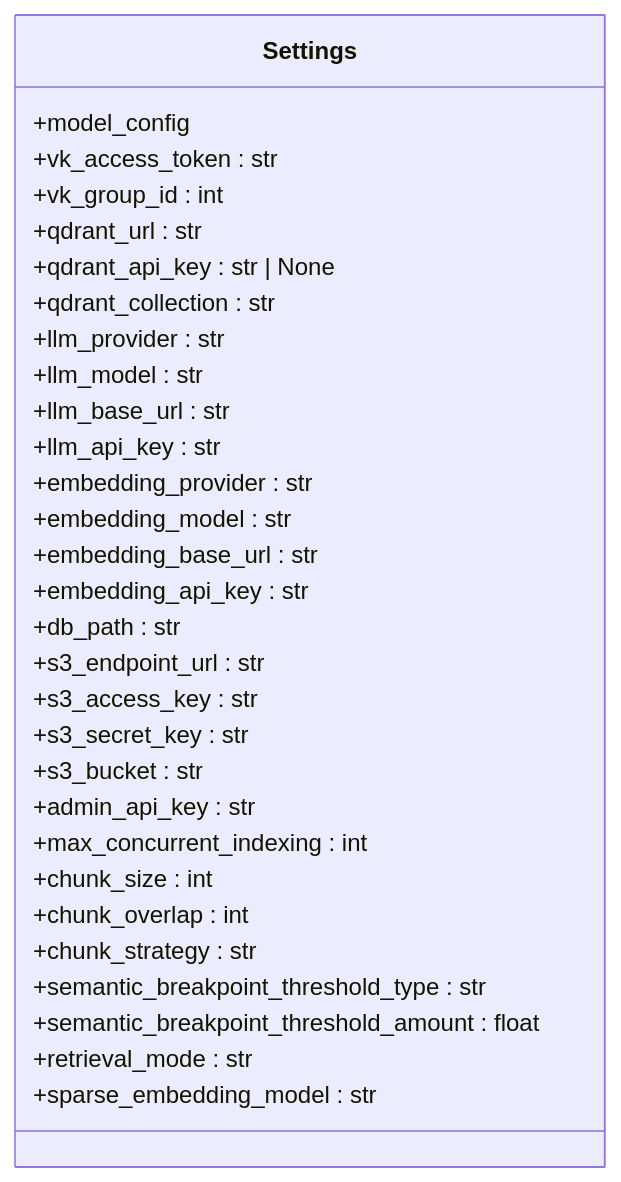
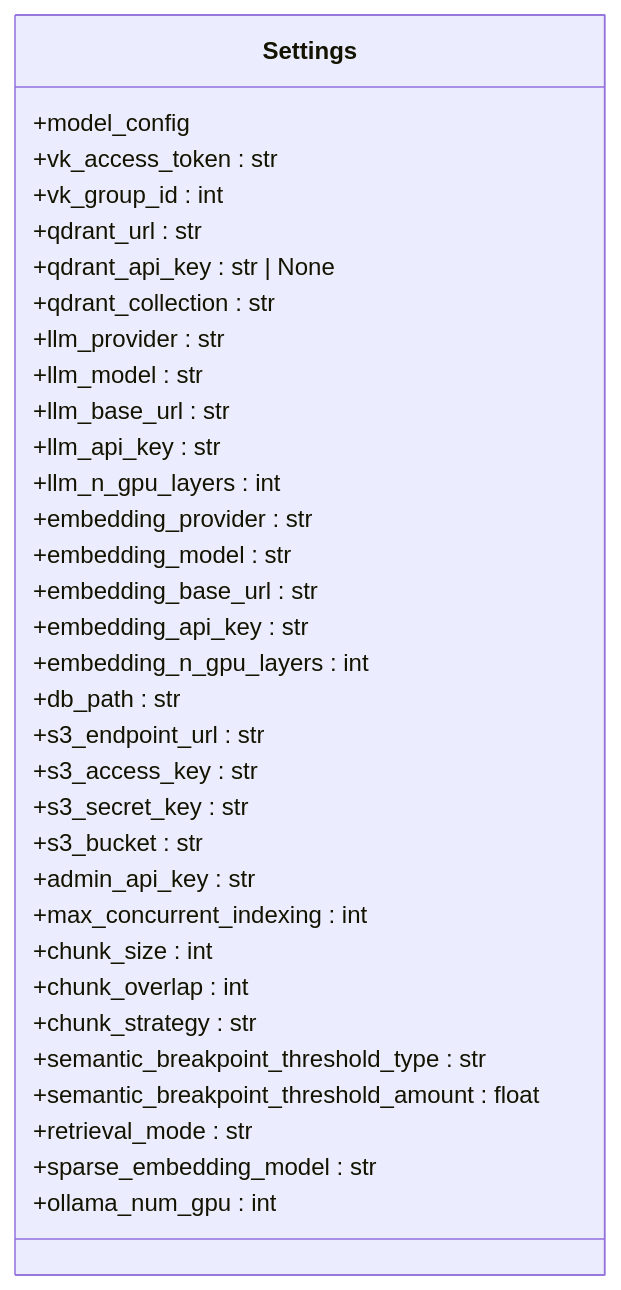
Before and after one commit to ognelis/cafetera_hr_bot: the third of 14 diagrams in .qoder/repowiki/en/content/Configuration Management.md, drawn with Mermaid. The commit also changed other lines of this file and 2 other files, not shown here.

````diff
--- a/.qoder/repowiki/en/content/Configuration Management.md
+++ b/.qoder/repowiki/en/content/Configuration Management.md
@@ -262,33 +288,36 @@
 ```mermaid
 classDiagram
 class Settings {
 +model_config
 +vk_access_token : str
 +vk_group_id : int
 +qdrant_url : str
 +qdrant_api_key : str | None
 +qdrant_collection : str
 +llm_provider : str
 +llm_model : str
 +llm_base_url : str
 +llm_api_key : str
++llm_n_gpu_layers : int
 +embedding_provider : str
 +embedding_model : str
 +embedding_base_url : str
 +embedding_api_key : str
++embedding_n_gpu_layers : int
 +db_path : str
 +s3_endpoint_url : str
 +s3_access_key : str
 +s3_secret_key : str
 +s3_bucket : str
 +admin_api_key : str
 +max_concurrent_indexing : int
 +chunk_size : int
 +chunk_overlap : int
 +chunk_strategy : str
 +semantic_breakpoint_threshold_type : str
 +semantic_breakpoint_threshold_amount : float
 +retrieval_mode : str
 +sparse_embedding_model : str
++ollama_num_gpu : int
 }
 ```
````
